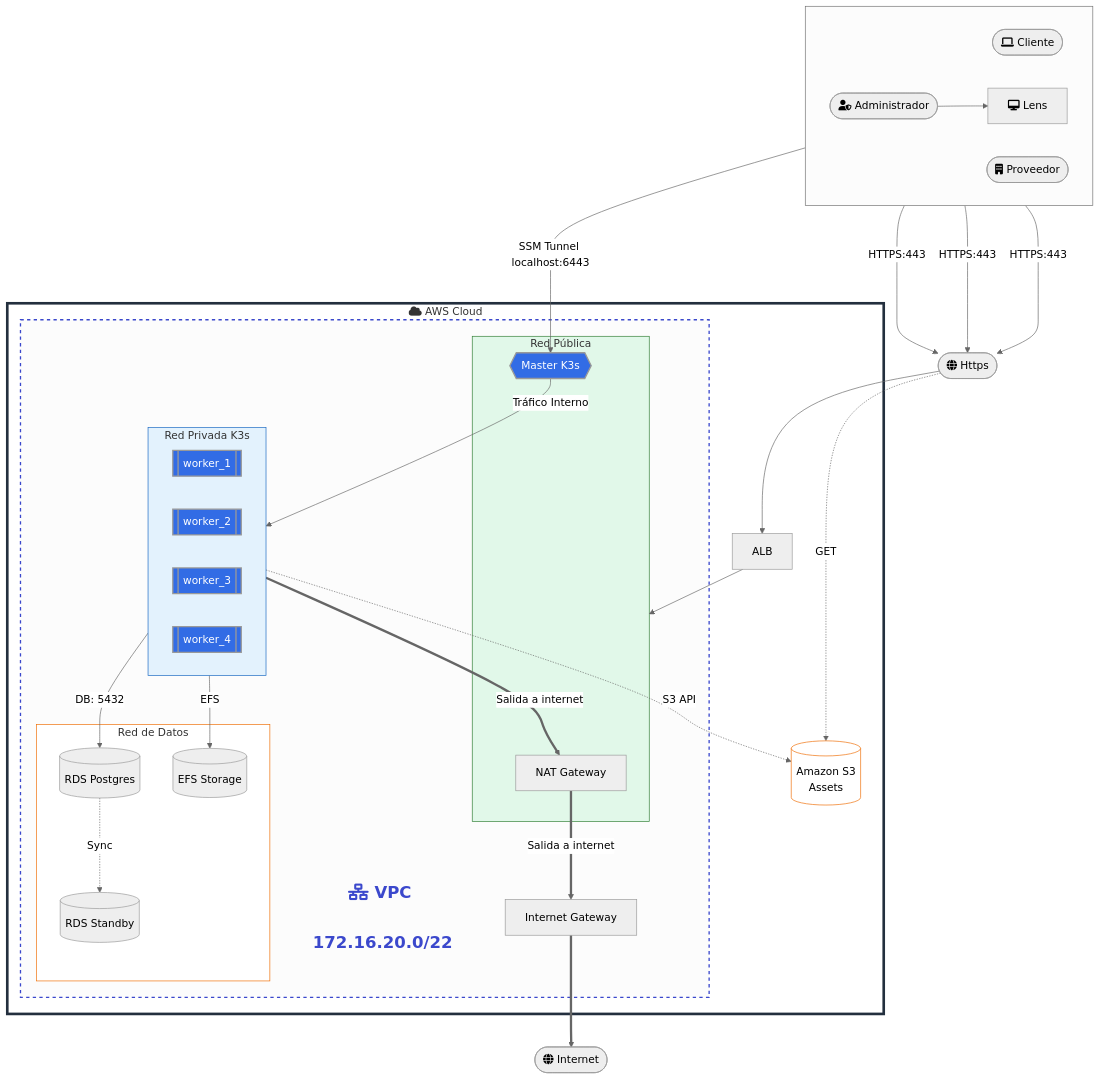
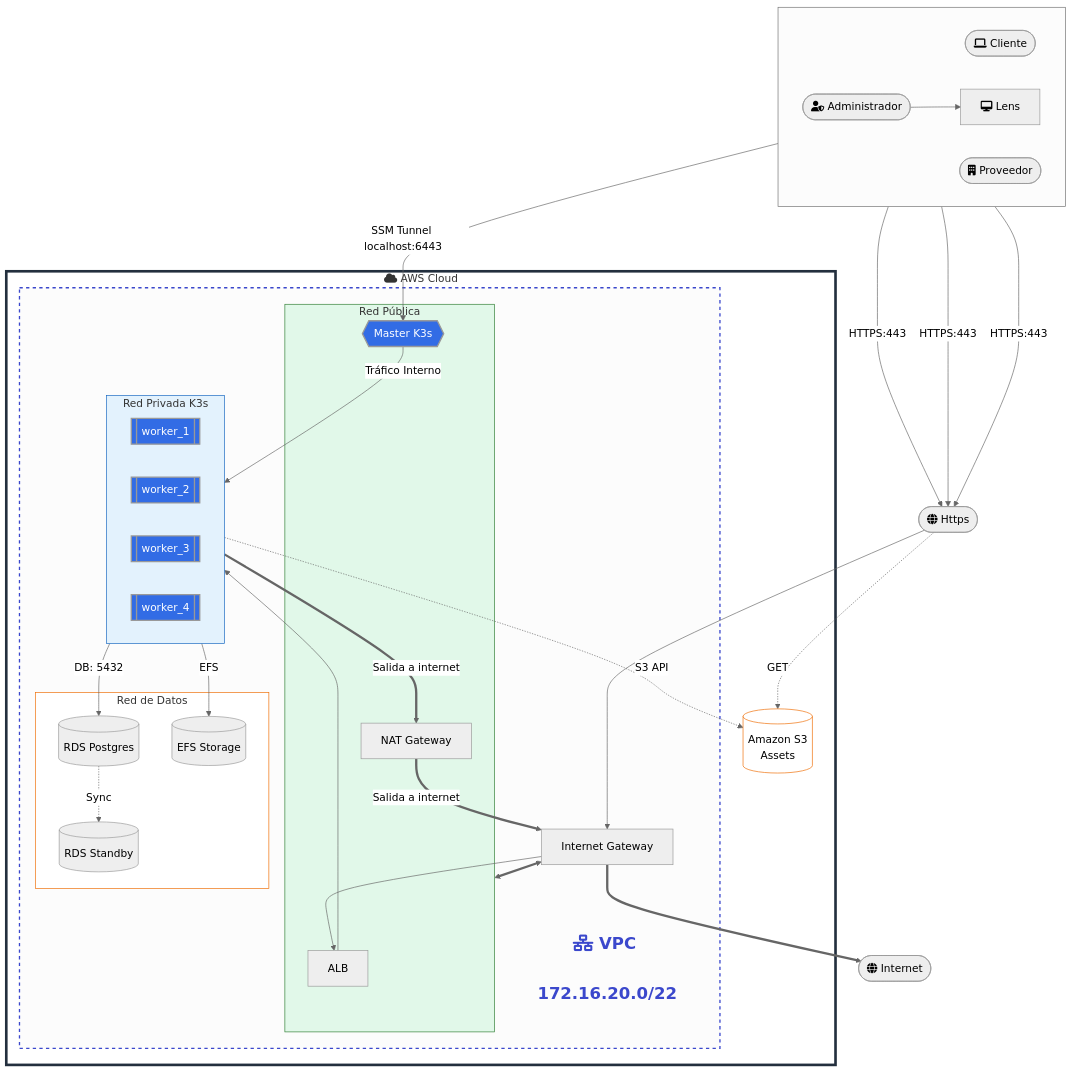
Before and after one commit to jquinterov-ITM/Proyecto-D-Una---InfraEstructura-con-Terraform: the diagram in Docs/diagrama.mmd, drawn with Mermaid (neutral theme). The commit also changed 5 other files, not shown here.

```diff
--- a/Docs/diagrama.mmd
+++ b/Docs/diagrama.mmd
@@ -1,70 +1,73 @@
 flowchart TB
     classDef cloud fill:#fff,stroke:#232F3E,stroke-width:4px;
     classDef vpc stroke:#3B48CC,stroke-width:2px,stroke-dasharray: 5 5;
     classDef pub fill:#e1f8e9,stroke:#2e7d32,stroke-width:1px;
     classDef priv fill:#e3f2fd,stroke:#1565c0,stroke-width:1px;
     classDef db fill:#fff,stroke:#ef6c00,stroke-width:1px;
     classDef k3s fill:#326ce5,color:#fff,stroke-width:2px;
     classDef invisibleVPC fill:none,stroke:none,color:#3B48CC,font-weight:bold,font-size:25px;
 
 
     %% Usuarios 
     subgraph Usuarios [ ]
         direction LR
         Cliente([fa:fa-laptop Cliente])
         Proveedor([fa:fa-building Proveedor])
         Administrador([fa:fa-user-shield Administrador])
         Lens[fa:fa-desktop Lens]
     end
     
-    Cliente & Proveedor & Administrador -- "HTTPS:443" ---> HTTPS([fa:fa-globe Https])
-    
-    HTTPS --> ALB
+    Administrador & Cliente & Proveedor -- "HTTPS:443" ---> HTTPS([fa:fa-globe Https])
     
     subgraph AWS ["fa:fa-cloud AWS Cloud"]
-        ALB[ALB]
+        
         S3[(Amazon S3<br/>Assets)]
         
         subgraph VPC [" "]
             L2[fa:fa-network-wired VPC <br/> 172.16.20.0/22]:::invisibleVPC
             
             subgraph PUB1 [Red Pública]
+                ALB[ALB]
                 NAT1[NAT Gateway]
                 M1{{Master K3s}}
             end
             subgraph PRIV1 [Red Privada K3s]
                 W1[[worker_1]]
                 W2[[worker_2]]
                 W3[[worker_3]]
                 W4[[worker_4]]
             end
             subgraph DB_SUB1 [Red de Datos]
                 RDS[(RDS Postgres)]
                 RDS_S[(RDS Standby)]
                 EFS[(EFS Storage)]
             end
             IGW[Internet Gateway]
         end
     end
     Internet([fa:fa-globe Internet])
 
     %% Administracion segura
     Administrador --> Lens -- "SSM Tunnel localhost:6443" --> M1
+    M1 -- "Tráfico Interno" --> PRIV1
 
     %% Conexiones de aplicacion
-    ALB --> PUB1
-    M1 -- "Tráfico Interno" --> PRIV1
+    HTTPS --> IGW
+    IGW --> ALB
+    ALB --> PRIV1
     PRIV1 -- "DB: 5432" --> RDS
     RDS -. "Sync" .-> RDS_S
     PRIV1 -- "EFS" --> EFS
    
-
     %% S3 Assets (GAP-INFRA-002)
     PRIV1 -. "S3 API" .-> S3
     HTTPS -. "GET" .-> S3
 
     %% Salida a Internet restringida por NAT
     PRIV1 ==Salida a internet==> NAT1 ==Salida a internet==> IGW ==> Internet
 
+    %% Salida de la red publica
+    PUB1 <==> IGW
+
     class AWS cloud; class VPC vpc; class PUB1 pub;
     class PRIV1 priv; class DB_SUB1,S3 db; class M1,W1,W2,W3,W4 k3s;
```
